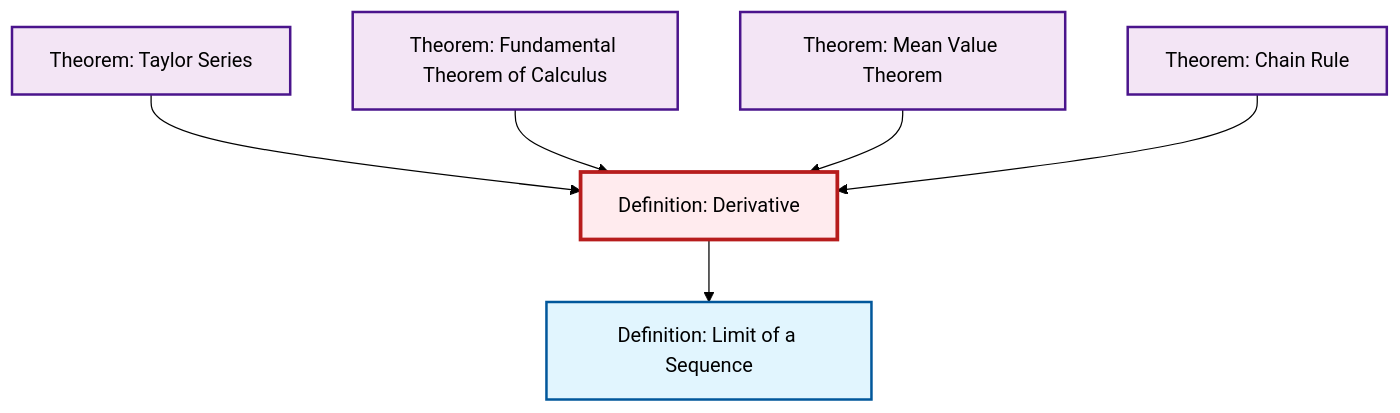
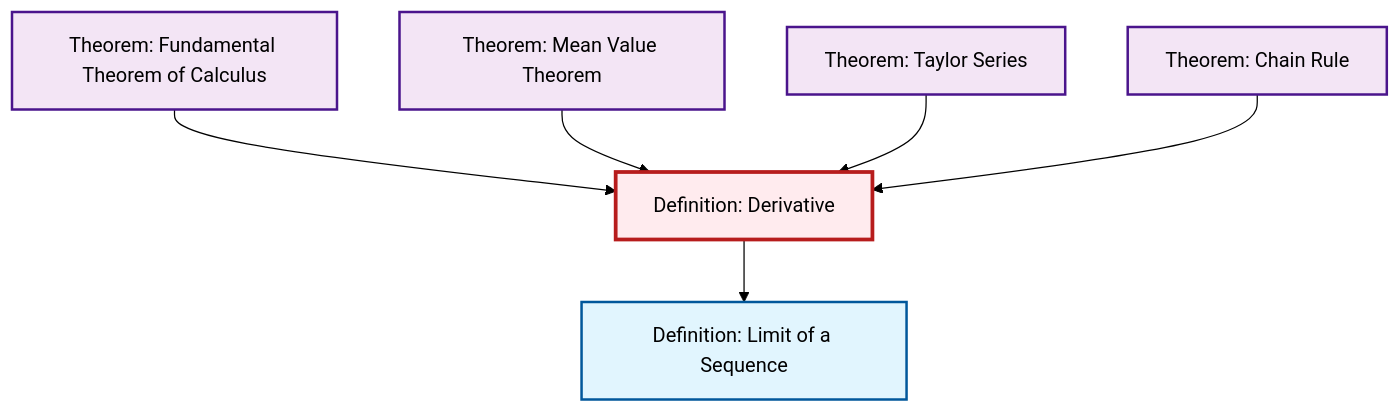
The second of 2 diagrams in content/en/analysis/def-derivative.qmd (RK0429/ModernMath), drawn with Mermaid (forest theme) before and after one commit. The commit also changed other lines of this file and 581 other files, not shown here.

````diff
--- a/content/en/analysis/def-derivative.qmd
+++ b/content/en/analysis/def-derivative.qmd
@@ -88,26 +88,26 @@
 ```{mermaid}
 %%| fig-cap: "Local dependency graph"
 graph TD
     classDef definition fill:#e1f5fe,stroke:#01579b,stroke-width:2px
     classDef theorem fill:#f3e5f5,stroke:#4a148c,stroke-width:2px
     classDef axiom fill:#fff3e0,stroke:#e65100,stroke-width:2px
     classDef example fill:#e8f5e9,stroke:#1b5e20,stroke-width:2px
     classDef current fill:#ffebee,stroke:#b71c1c,stroke-width:3px
-    thm-fundamental-calculus["Theorem: Fundamental Theorem of Calculus"]:::theorem
+    thm-taylor-series["Theorem: Taylor Series"]:::theorem
+    thm-mean-value["Theorem: Mean Value Theorem"]:::theorem
     thm-chain-rule["Theorem: Chain Rule"]:::theorem
-    thm-mean-value["Theorem: Mean Value Theorem"]:::theorem
-    thm-taylor-series["Theorem: Taylor Series"]:::theorem
     def-limit["Definition: Limit of a Sequence"]:::definition
     def-derivative["Definition: Derivative"]:::definition
-    thm-taylor-series --> def-derivative
+    thm-fundamental-calculus["Theorem: Fundamental Theorem of Calculus"]:::theorem
     thm-fundamental-calculus --> def-derivative
     thm-mean-value --> def-derivative
+    def-derivative --> def-limit
+    thm-taylor-series --> def-derivative
     thm-chain-rule --> def-derivative
-    def-derivative --> def-limit
     class def-derivative current
+    click thm-taylor-series "thm-taylor-series.html" "Go to Taylor Series theorem"
+    click thm-mean-value "thm-mean-value.html" "Go to Mean Value Theorem theorem"
+    click thm-chain-rule "thm-chain-rule.html" "Go to Chain Rule theorem"
+    click def-limit "def-limit.html" "Go to Limit of a Sequence definition"
     click thm-fundamental-calculus "thm-fundamental-calculus.html" "Go to Fundamental Theorem of Calculus theorem"
-    click thm-chain-rule "thm-chain-rule.html" "Go to Chain Rule theorem"
-    click thm-mean-value "thm-mean-value.html" "Go to Mean Value Theorem theorem"
-    click thm-taylor-series "thm-taylor-series.html" "Go to Taylor Series theorem"
-    click def-limit "def-limit.html" "Go to Limit of a Sequence definition"
 ```
````
